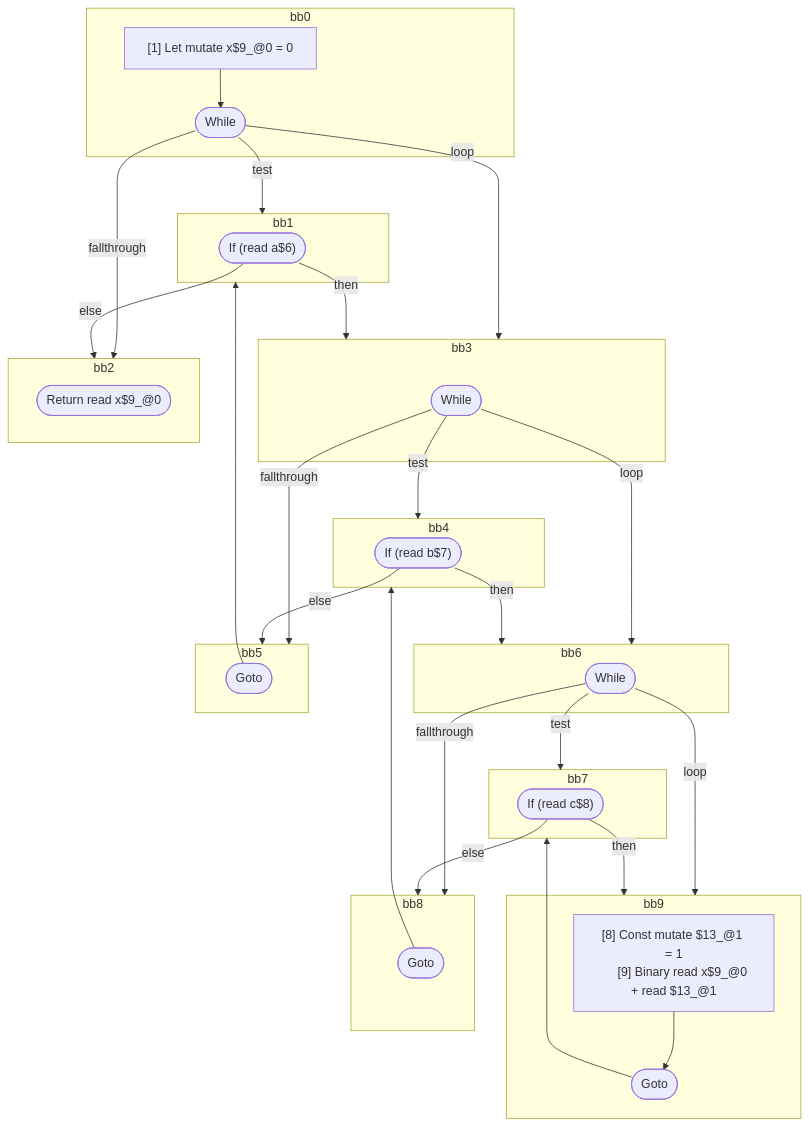
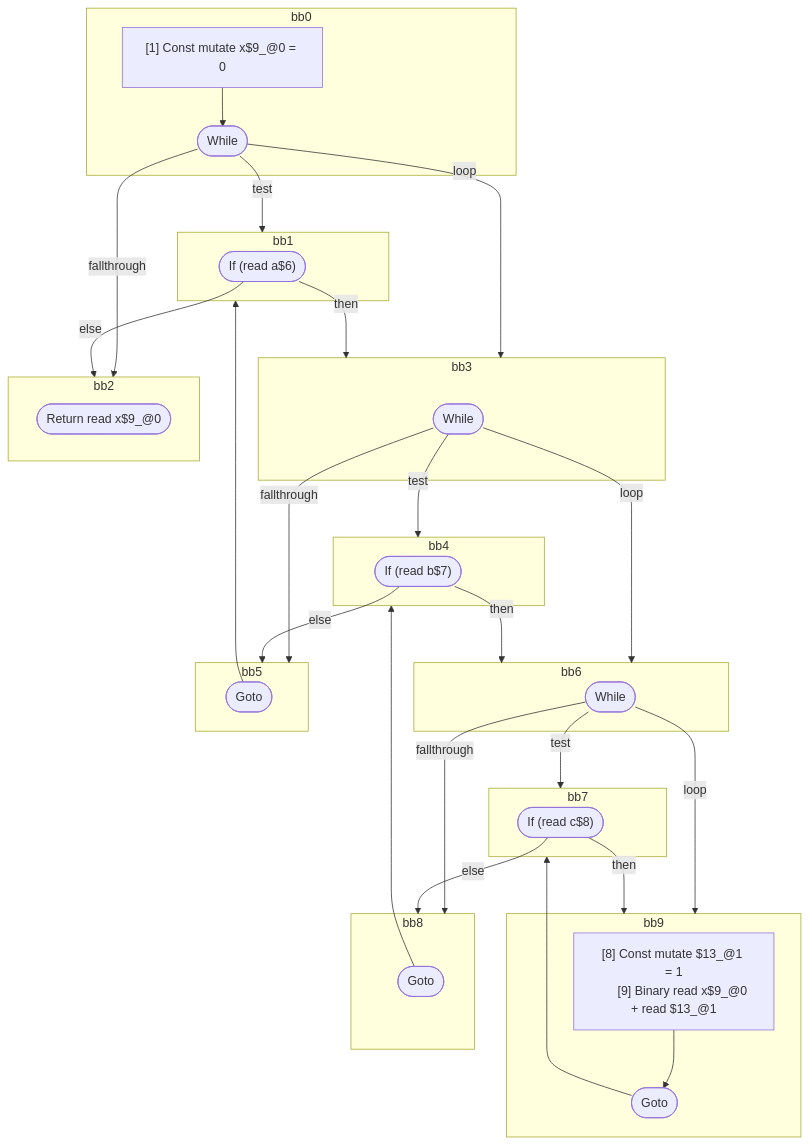
The diagram in compiler/forget/src/__tests__/fixtures/hir/ssa-nested-loops-no-reassign.expect.md (wutsmog/private), drawn with Mermaid before and after one commit. The commit also changed other lines of this file and 61 other files, not shown here.

````diff
--- a/compiler/forget/src/__tests__/fixtures/hir/ssa-nested-loops-no-reassign.expect.md
+++ b/compiler/forget/src/__tests__/fixtures/hir/ssa-nested-loops-no-reassign.expect.md
@@ -61,62 +61,62 @@
 ```mermaid
 flowchart TB
   %% Basic Blocks
   subgraph bb0
     bb0_instrs["
-      [1] Let mutate x$9_@0 = 0
+      [1] Const mutate x$9_@0 = 0
     "]
     bb0_instrs --> bb0_terminal(["While"])
   end
   subgraph bb1
     bb1_terminal(["If (read a$6)"])
   end
   subgraph bb3
     bb3_terminal(["While"])
   end
   subgraph bb4
     bb4_terminal(["If (read b$7)"])
   end
   subgraph bb6
     bb6_terminal(["While"])
   end
   subgraph bb7
     bb7_terminal(["If (read c$8)"])
   end
   subgraph bb9
     bb9_instrs["
       [8] Const mutate $13_@1 = 1
       [9] Binary read x$9_@0 + read $13_@1
     "]
     bb9_instrs --> bb9_terminal(["Goto"])
   end
   subgraph bb8
     bb8_terminal(["Goto"])
   end
   subgraph bb5
     bb5_terminal(["Goto"])
   end
   subgraph bb2
     bb2_terminal(["Return read x$9_@0"])
   end
 
   %% Jumps
   bb0_terminal -- "test" --> bb1
   bb0_terminal -- "loop" --> bb3
   bb0_terminal -- "fallthrough" --> bb2
   bb1_terminal -- "then" --> bb3
   bb1_terminal -- "else" --> bb2
   bb3_terminal -- "test" --> bb4
   bb3_terminal -- "loop" --> bb6
   bb3_terminal -- "fallthrough" --> bb5
   bb4_terminal -- "then" --> bb6
   bb4_terminal -- "else" --> bb5
   bb6_terminal -- "test" --> bb7
   bb6_terminal -- "loop" --> bb9
   bb6_terminal -- "fallthrough" --> bb8
   bb7_terminal -- "then" --> bb9
   bb7_terminal -- "else" --> bb8
   bb9_terminal --> bb7
   bb8_terminal --> bb4
   bb5_terminal --> bb1
 
 ```
````
